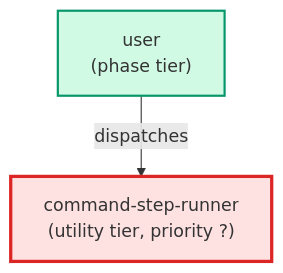
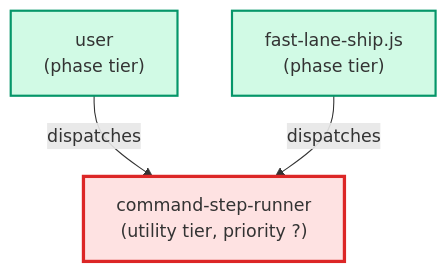
Before and after one commit to urlmonitor/leafcutter-ai: the diagram in docs/agents/cards/command-step-runner.card.md, drawn with Mermaid. The commit also changed other lines of this file and 22 other files, not shown here.

````diff
--- a/docs/agents/cards/command-step-runner.card.md
+++ b/docs/agents/cards/command-step-runner.card.md
@@ -57,12 +58,14 @@
 ```mermaid
 flowchart TD
     classDef supervisor fill:#dbeafe,stroke:#2563eb,stroke-width:2px
     classDef phase fill:#d1fae5,stroke:#059669,stroke-width:2px
     classDef utility fill:#f3f4f6,stroke:#4b5563,stroke-width:2px
     classDef target fill:#fee2e2,stroke:#dc2626,stroke-width:3px
 
     user["user\n(phase tier)"]:::phase
+    fast_lane_ship.js["fast-lane-ship.js\n(phase tier)"]:::phase
     command_step_runner["command-step-runner\n(utility tier, priority ?)"]:::target
 
     user -->|dispatches| command_step_runner
+    fast_lane_ship.js -->|dispatches| command_step_runner
 ```
````
